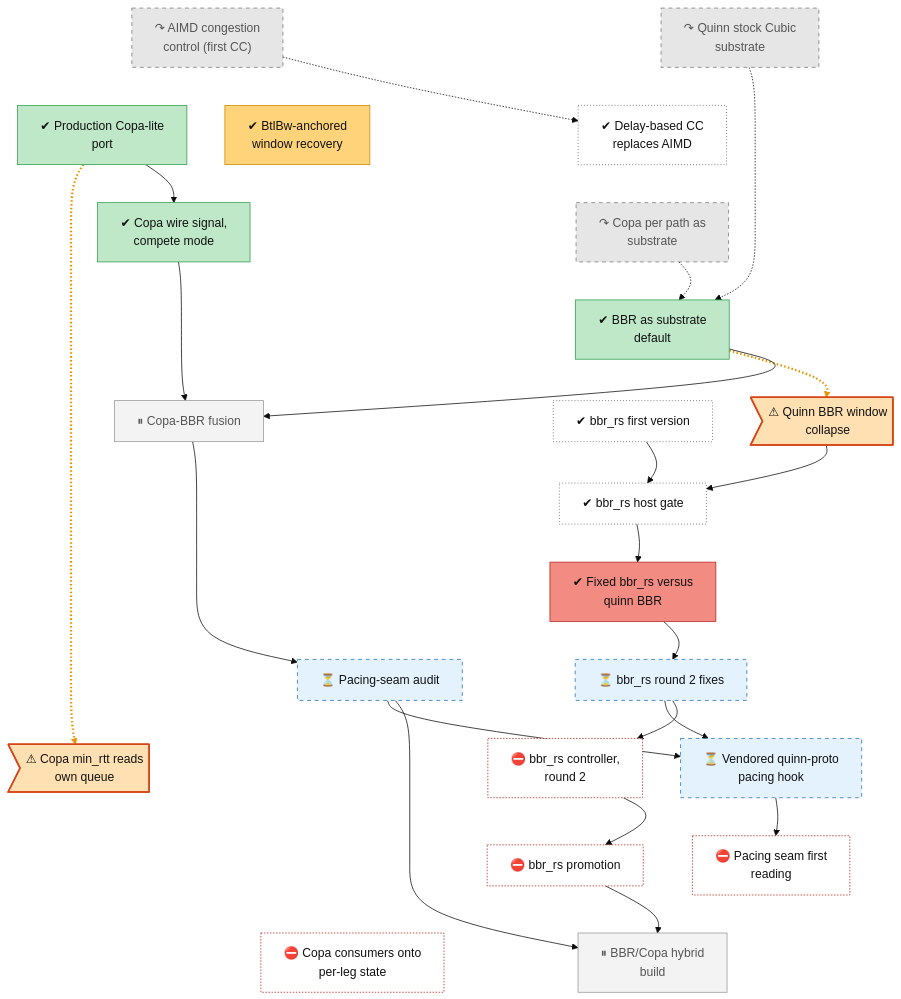
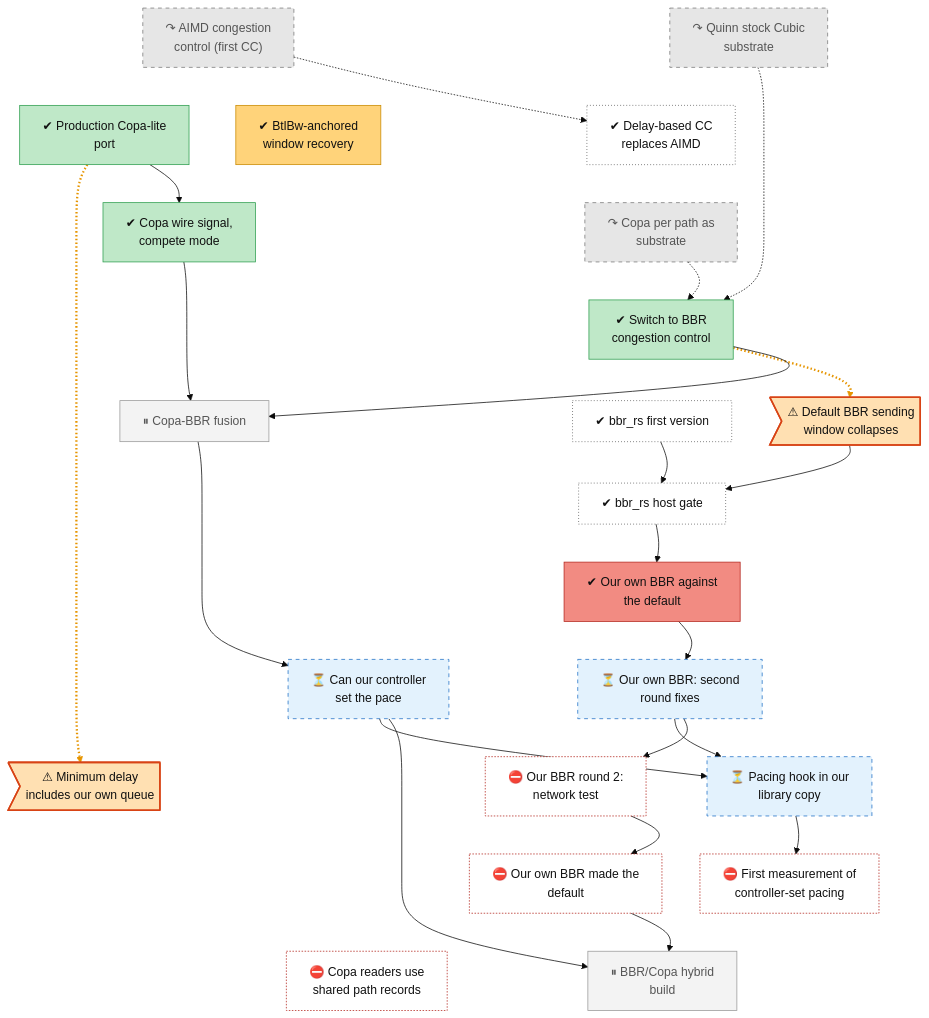
Before and after one commit to lhns/raptorpath: the diagram in docs/roadmap/tracks/cc.md, drawn with Mermaid (base theme). The commit also changed other lines of this file and 15 other files, not shown here.

First line of the commit message:
roadmap: titles and plain sentences from the re-check

```diff
--- a/docs/roadmap/tracks/cc.md
+++ b/docs/roadmap/tracks/cc.md
@@ -16,21 +16,21 @@
     cc_btlbw_recovery["✔ BtlBw-anchored<br/>window recovery"]
     cc_copa_sole_substrate["↷ Copa per path as<br/>substrate"]
     cc_copa_wire_signal["✔ Copa wire signal,<br/>compete mode"]
-    cc_bbr_default["✔ BBR as substrate<br/>default"]
+    cc_bbr_default["✔ Switch to BBR<br/>congestion control"]
     cc_adr68_fusion["⏸ Copa-BBR fusion"]
     cc_bbrrs_v1["✔ bbr_rs first version"]
-    cc_quinn_bbr_collapse>"⚠ Quinn BBR window<br/>collapse"]
+    cc_quinn_bbr_collapse>"⚠ Default BBR sending<br/>window collapses"]
     cc_s48_host_gate["✔ bbr_rs host gate"]
-    cc_bbrrs_r1["✔ Fixed bbr_rs versus<br/>quinn BBR"]
-    cc_bbrrs_r2["⏳ bbr_rs round 2 fixes"]
-    cc_pacing_audit["⏳ Pacing-seam audit"]
-    cc_pacing_seam["⏳ Vendored quinn-proto<br/>pacing hook"]
-    cc_defect_copa_minrtt>"⚠ Copa min_rtt reads<br/>own queue"]
-    cc_s48d_session["⛔ bbr_rs controller,<br/>round 2"]
-    cc_pacing_seam_reading["⛔ Pacing seam first<br/>reading"]
-    cc_bbrrs_promote["⛔ bbr_rs promotion"]
+    cc_bbrrs_r1["✔ Our own BBR against<br/>the default"]
+    cc_bbrrs_r2["⏳ Our own BBR: second<br/>round fixes"]
+    cc_pacing_audit["⏳ Can our controller<br/>set the pace"]
+    cc_pacing_seam["⏳ Pacing hook in our<br/>library copy"]
+    cc_defect_copa_minrtt>"⚠ Minimum delay<br/>includes our own queue"]
+    cc_s48d_session["⛔ Our BBR round 2:<br/>network test"]
+    cc_pacing_seam_reading["⛔ First measurement of<br/>controller-set pacing"]
+    cc_bbrrs_promote["⛔ Our own BBR made the<br/>default"]
     cc_hybrid["⏸ BBR/Copa hybrid<br/>build"]
-    cc_copa_consumers["⛔ Copa consumers onto<br/>per-leg state"]
+    cc_copa_consumers["⛔ Copa readers use<br/>shared path records"]
     cc_cubic_substrate ~~~ cc_early_delay_cc
     cc_aimd_v1 ~~~ cc_copa_lite
     cc_aimd_v1 ~~~ cc_btlbw_recovery
```
